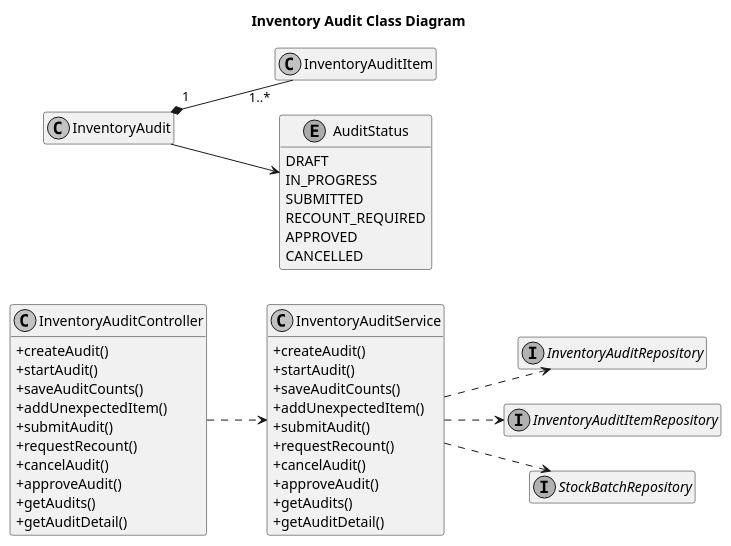
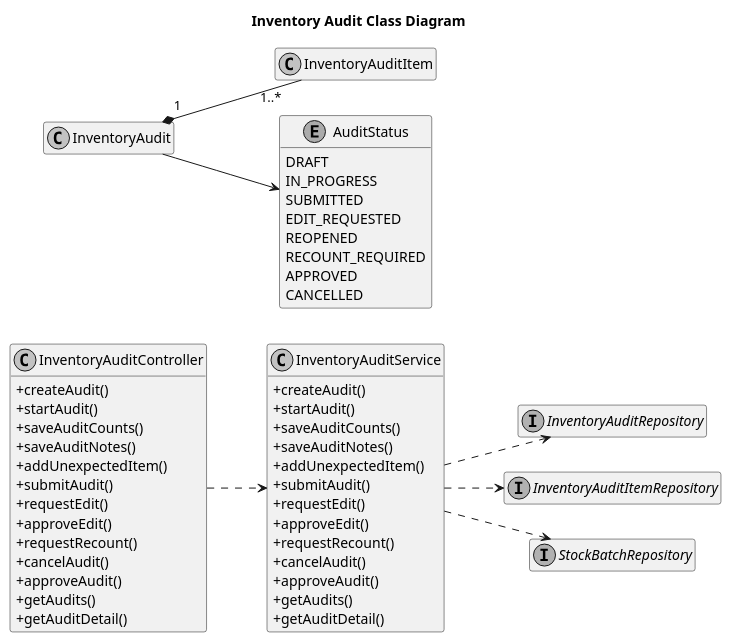
One commit to vinhleechem/StockSpace_BE changed the first of 3 diagrams in docs/review3/diagrams/inventory-audit.md. Above: the diagram before and after it, drawn with PlantUML. The commit also changed other lines of this file and 2 other files, not shown here.

````diff
--- a/docs/review3/diagrams/inventory-audit.md
+++ b/docs/review3/diagrams/inventory-audit.md
@@ -8,58 +8,66 @@
 ```plantuml
 @startuml
 title Inventory Audit Class Diagram
 skinparam monochrome true
 skinparam shadowing false
 skinparam backgroundColor transparent
 skinparam classAttributeIconSize 0
 hide empty members
 left to right direction
 
 class InventoryAuditController {
   +createAudit()
   +startAudit()
   +saveAuditCounts()
+  +saveAuditNotes()
   +addUnexpectedItem()
   +submitAudit()
+  +requestEdit()
+  +approveEdit()
   +requestRecount()
   +cancelAudit()
   +approveAudit()
   +getAudits()
   +getAuditDetail()
 }
 
 class InventoryAuditService {
   +createAudit()
   +startAudit()
   +saveAuditCounts()
+  +saveAuditNotes()
   +addUnexpectedItem()
   +submitAudit()
+  +requestEdit()
+  +approveEdit()
   +requestRecount()
   +cancelAudit()
   +approveAudit()
   +getAudits()
   +getAuditDetail()
 }
 
 interface InventoryAuditRepository
 interface InventoryAuditItemRepository
 interface StockBatchRepository
 class InventoryAudit
 class InventoryAuditItem
 enum AuditStatus {
   DRAFT
   IN_PROGRESS
   SUBMITTED
+  EDIT_REQUESTED
+  REOPENED
   RECOUNT_REQUIRED
   APPROVED
   CANCELLED
 }
 
 InventoryAuditController ..> InventoryAuditService
 InventoryAuditService ..> InventoryAuditRepository
 InventoryAuditService ..> InventoryAuditItemRepository
 InventoryAuditService ..> StockBatchRepository
 InventoryAudit "1" *-- "1..*" InventoryAuditItem
 InventoryAudit --> AuditStatus
 @enduml
 ```
````
